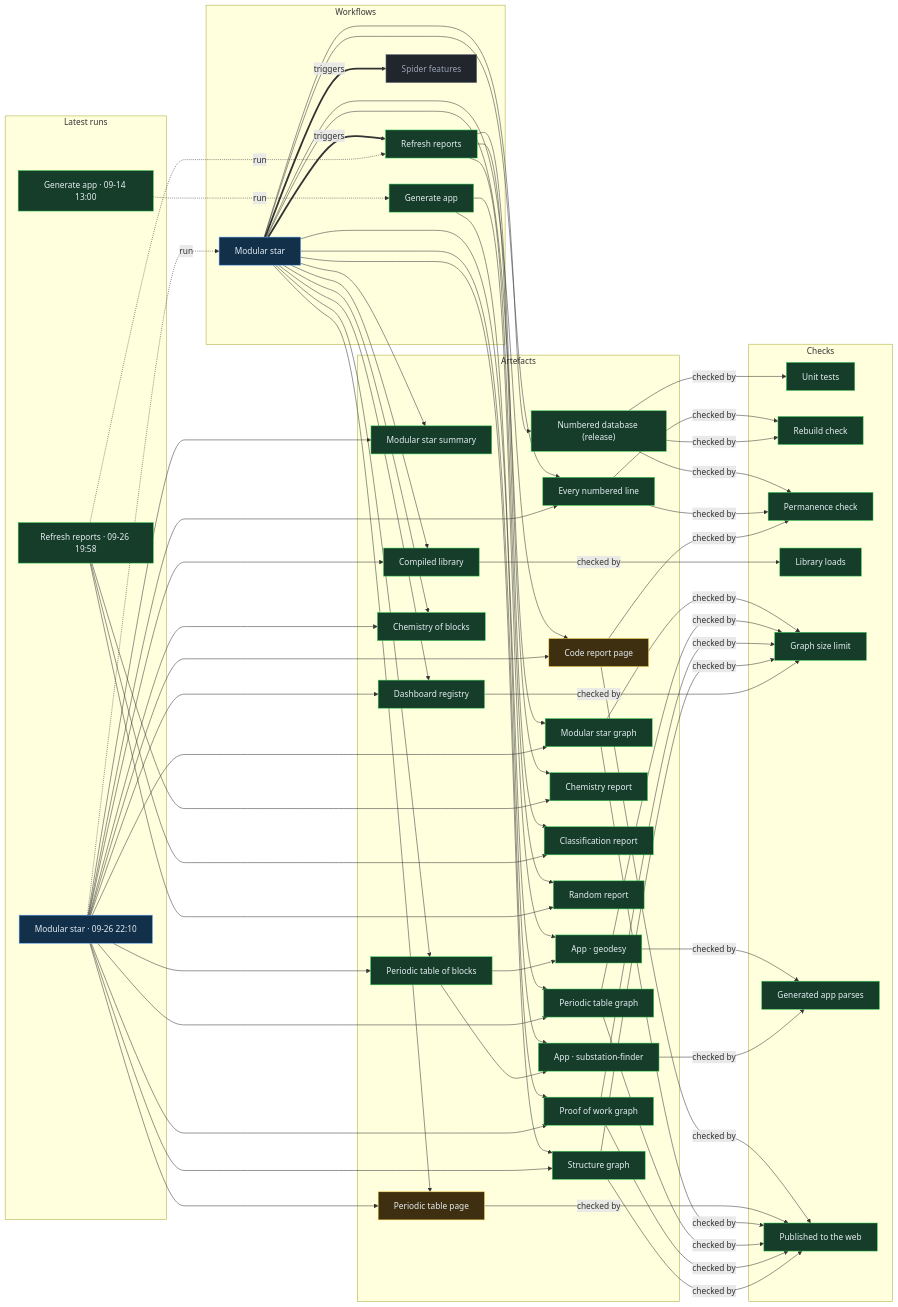
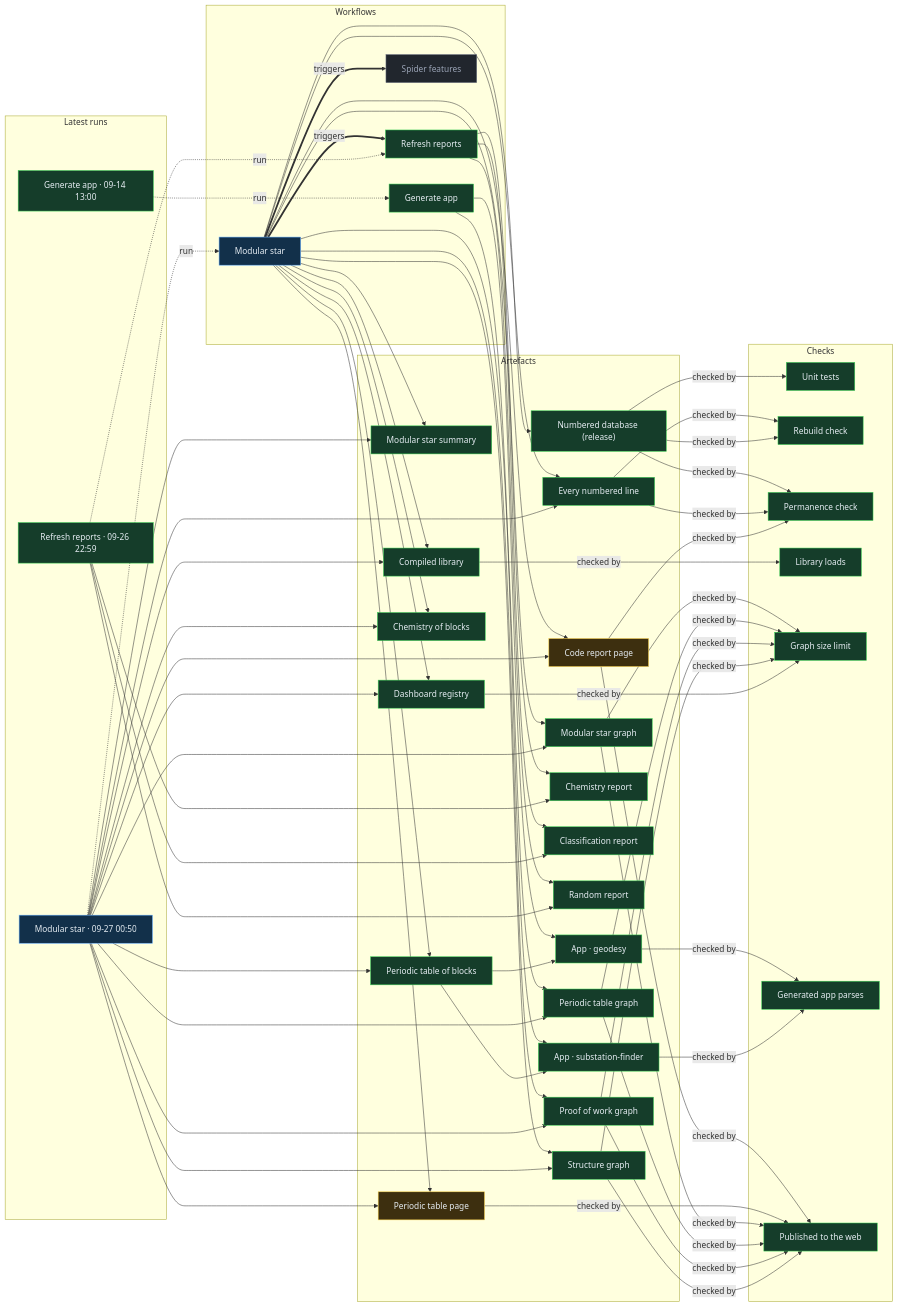
One commit to Ventusltd/stars changed the diagram in proof/PROOF.md. Above: the diagram before and after it, drawn with Mermaid. The commit also changed other lines of this file and 146 other files, not shown here.

Commit message:
Modular star 2026-09-27T00:52Z

```diff
--- a/proof/PROOF.md
+++ b/proof/PROOF.md
@@ -24,8 +24,8 @@
   n_wf_spider_features["Spider features"]:::off
   end
   subgraph g_runs["Latest runs"]
-  n_run_36275411966["Modular star · 09-26 22:10"]:::live
-  n_run_36267900572["Refresh reports · 09-26 19:58"]:::ok
+  n_run_36283709976["Modular star · 09-27 00:50"]:::live
+  n_run_36278035520["Refresh reports · 09-26 22:59"]:::ok
   n_run_34846587798["Generate app · 09-14 13:00"]:::ok
   end
   subgraph g_artefacts["Artefacts"]
@@ -59,39 +59,39 @@
   end
   n_wf_modular_star == triggers ==> n_wf_refresh
   n_wf_modular_star == triggers ==> n_wf_spider_features
-  n_run_36275411966 -. run .-> n_wf_modular_star
-  n_run_36267900572 -. run .-> n_wf_refresh
+  n_run_36283709976 -. run .-> n_wf_modular_star
+  n_run_36278035520 -. run .-> n_wf_refresh
   n_run_34846587798 -. run .-> n_wf_generate
   n_wf_modular_star --> n_art_summary
-  n_run_36275411966 --> n_art_summary
+  n_run_36283709976 --> n_art_summary
   n_wf_modular_star --> n_art_lines
-  n_run_36275411966 --> n_art_lines
+  n_run_36283709976 --> n_art_lines
   n_wf_modular_star --> n_art_code
-  n_run_36275411966 --> n_art_code
+  n_run_36283709976 --> n_art_code
   n_wf_modular_star --> n_art_modular_graph
-  n_run_36275411966 --> n_art_modular_graph
+  n_run_36283709976 --> n_art_modular_graph
   n_wf_modular_star --> n_art_blocks
-  n_run_36275411966 --> n_art_blocks
+  n_run_36283709976 --> n_art_blocks
   n_wf_modular_star --> n_art_table
-  n_run_36275411966 --> n_art_table
+  n_run_36283709976 --> n_art_table
   n_wf_modular_star --> n_art_blocks_graph
-  n_run_36275411966 --> n_art_blocks_graph
+  n_run_36283709976 --> n_art_blocks_graph
   n_wf_modular_star --> n_art_reactions
-  n_run_36275411966 --> n_art_reactions
+  n_run_36283709976 --> n_art_reactions
   n_wf_modular_star --> n_art_library
-  n_run_36275411966 --> n_art_library
+  n_run_36283709976 --> n_art_library
   n_wf_modular_star --> n_art_features
-  n_run_36275411966 --> n_art_features
+  n_run_36283709976 --> n_art_features
   n_wf_modular_star --> n_art_proof
-  n_run_36275411966 --> n_art_proof
+  n_run_36283709976 --> n_art_proof
   n_wf_modular_star --> n_art_structure
-  n_run_36275411966 --> n_art_structure
+  n_run_36283709976 --> n_art_structure
   n_wf_refresh --> n_art_chemistry
-  n_run_36267900572 --> n_art_chemistry
+  n_run_36278035520 --> n_art_chemistry
   n_wf_refresh --> n_art_vedic
-  n_run_36267900572 --> n_art_vedic
+  n_run_36278035520 --> n_art_vedic
   n_wf_refresh --> n_art_random
-  n_run_36267900572 --> n_art_random
+  n_run_36278035520 --> n_art_random
   n_wf_modular_star --> n_art_release
   n_wf_generate --> n_app_geodesy
   n_art_blocks --> n_app_geodesy
```
